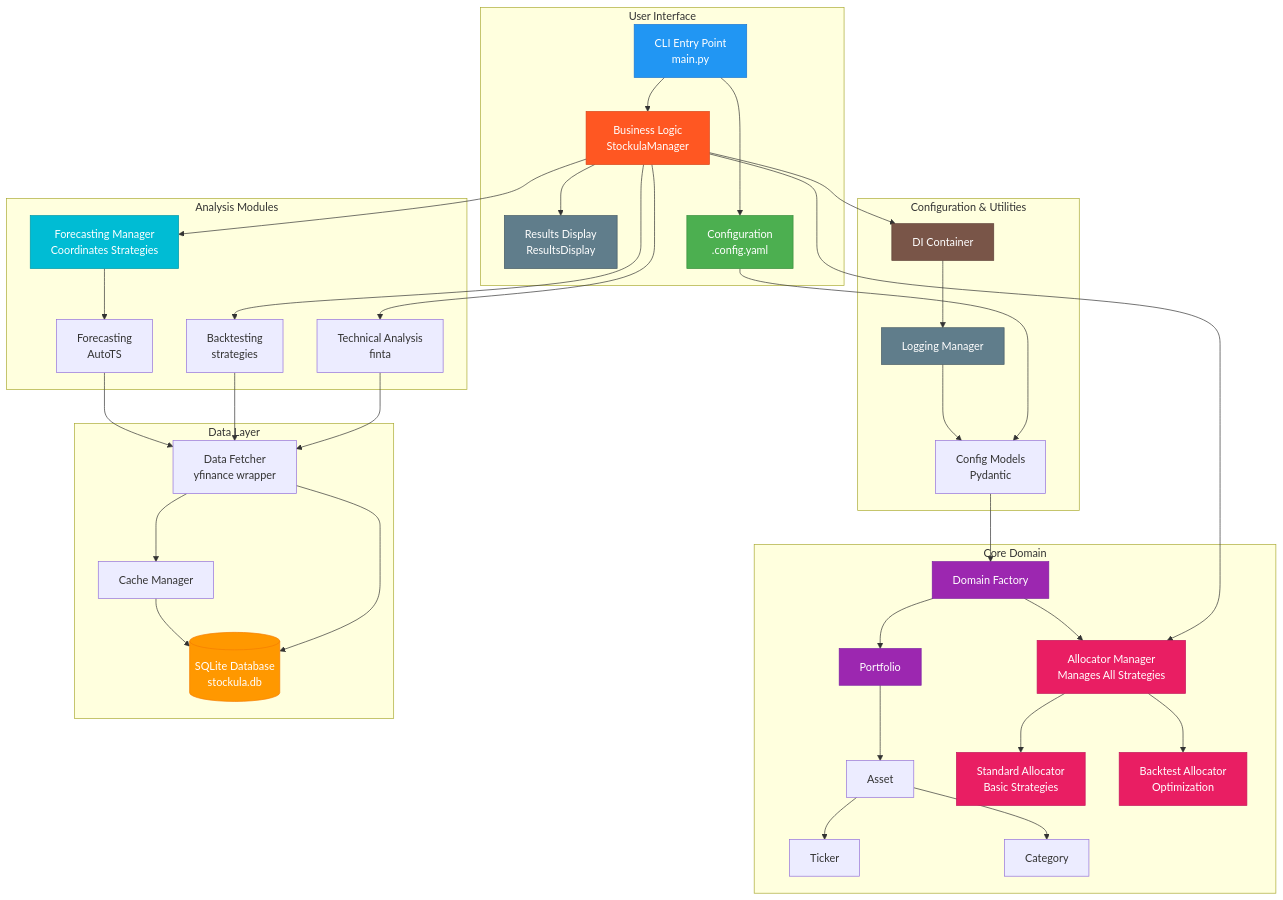
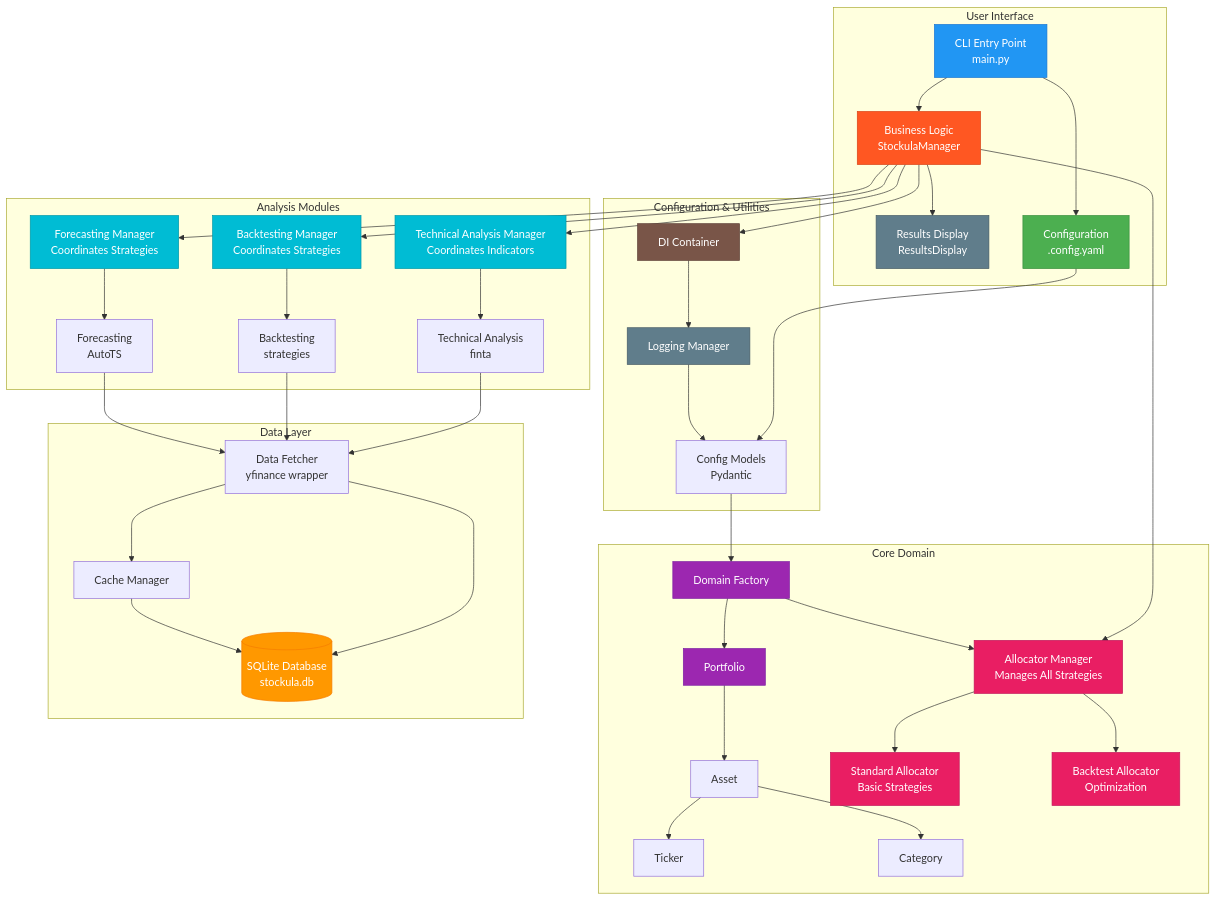
One commit to mkm29/stockula changed the first of 2 diagrams in docs/user-guide/architecture.md. Above: the diagram before and after it, drawn with Mermaid. The commit also changed 9 other files, not shown here.

First line of the commit message:
feat: Introduce BacktestingManager for unified backtesting interface

````diff
--- a/docs/user-guide/architecture.md
+++ b/docs/user-guide/architecture.md
@@ -32,7 +32,9 @@
 
     subgraph "Analysis Modules"
         TA[Technical Analysis<br/>finta]
+        TAM[Technical Analysis Manager<br/>Coordinates Indicators]
         BT[Backtesting<br/>strategies]
+        BTM[Backtesting Manager<br/>Coordinates Strategies]
         FC[Forecasting<br/>AutoTS]
         FCM[Forecasting Manager<br/>Coordinates Strategies]
     end
@@ -58,9 +60,11 @@
     AllocatorManager --> BacktestAllocator
     Factory --> AllocatorManager
 
-    Manager --> TA
-    Manager --> BT
+    Manager --> TAM
+    Manager --> BTM
     Manager --> FCM
+    TAM --> TA
+    BTM --> BT
     FCM --> FC
 
     TA --> Fetcher
@@ -86,5 +90,7 @@
     style AllocatorManager fill:#E91E63,stroke:#C2185B,color:#fff
     style Allocator fill:#E91E63,stroke:#C2185B,color:#fff
     style BacktestAllocator fill:#E91E63,stroke:#C2185B,color:#fff
+    style TAM fill:#00BCD4,stroke:#0097A7,color:#fff
+    style BTM fill:#00BCD4,stroke:#0097A7,color:#fff
     style FCM fill:#00BCD4,stroke:#0097A7,color:#fff
 ```
````
